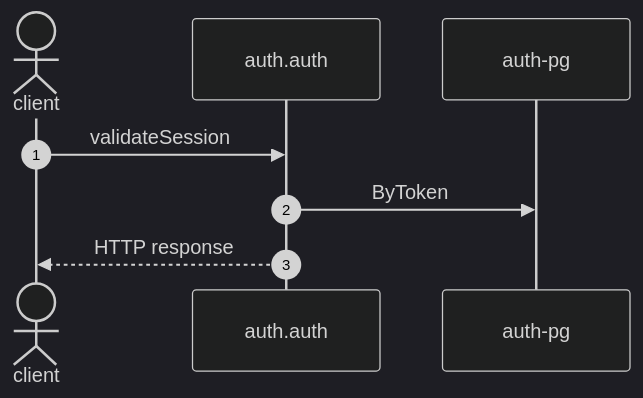
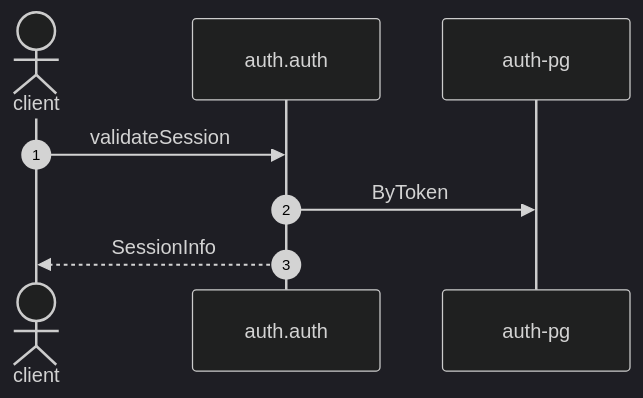
The diagram in docs/example/flows/auth-validate-session.md (shortlink-org/portolan), drawn with Mermaid (dark theme) before and after one commit. The commit also changed other lines of this file and 82 other files, not shown here.

````diff
--- a/docs/example/flows/auth-validate-session.md
+++ b/docs/example/flows/auth-validate-session.md
@@ -23,10 +23,10 @@
 ```mermaid
 sequenceDiagram
     autonumber
     actor p0 as client
     participant p1 as auth.auth
     participant p2 as auth-pg
     p0->>p1: validateSession
     p1->>p2: ByToken
-    p1-->>p0: HTTP response
+    p1-->>p0: SessionInfo
 ```
````
